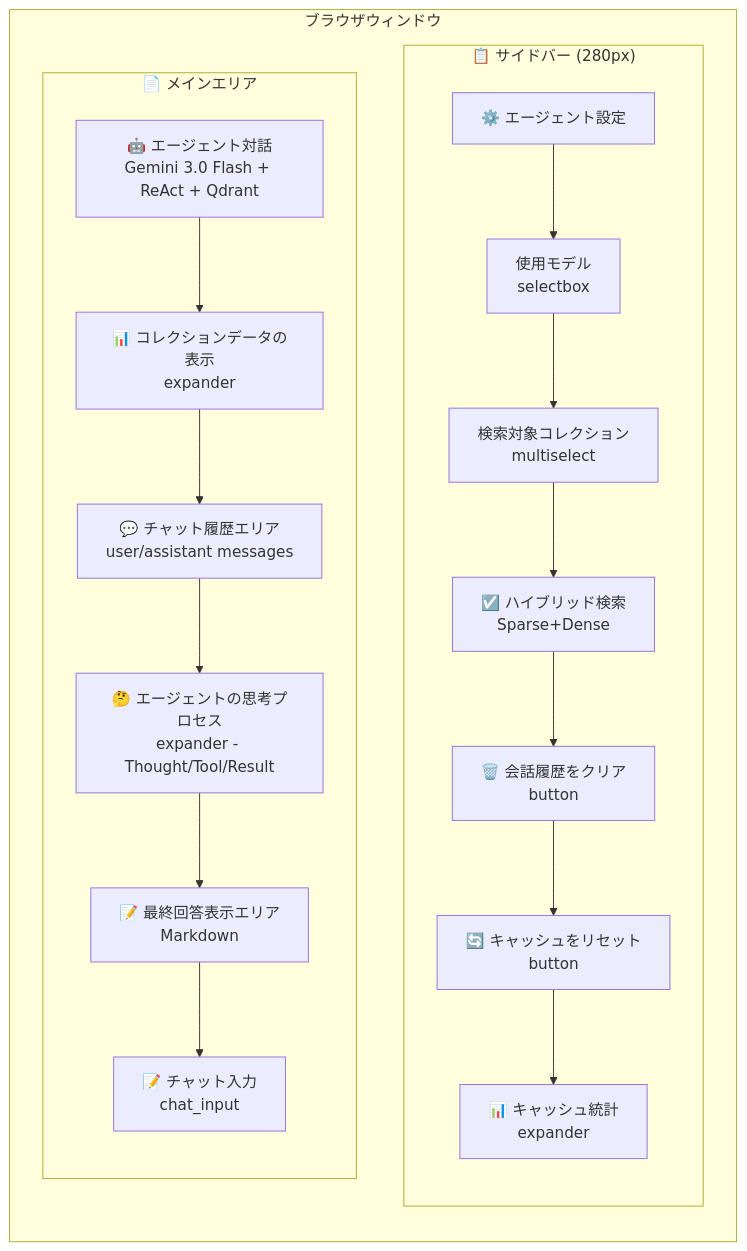
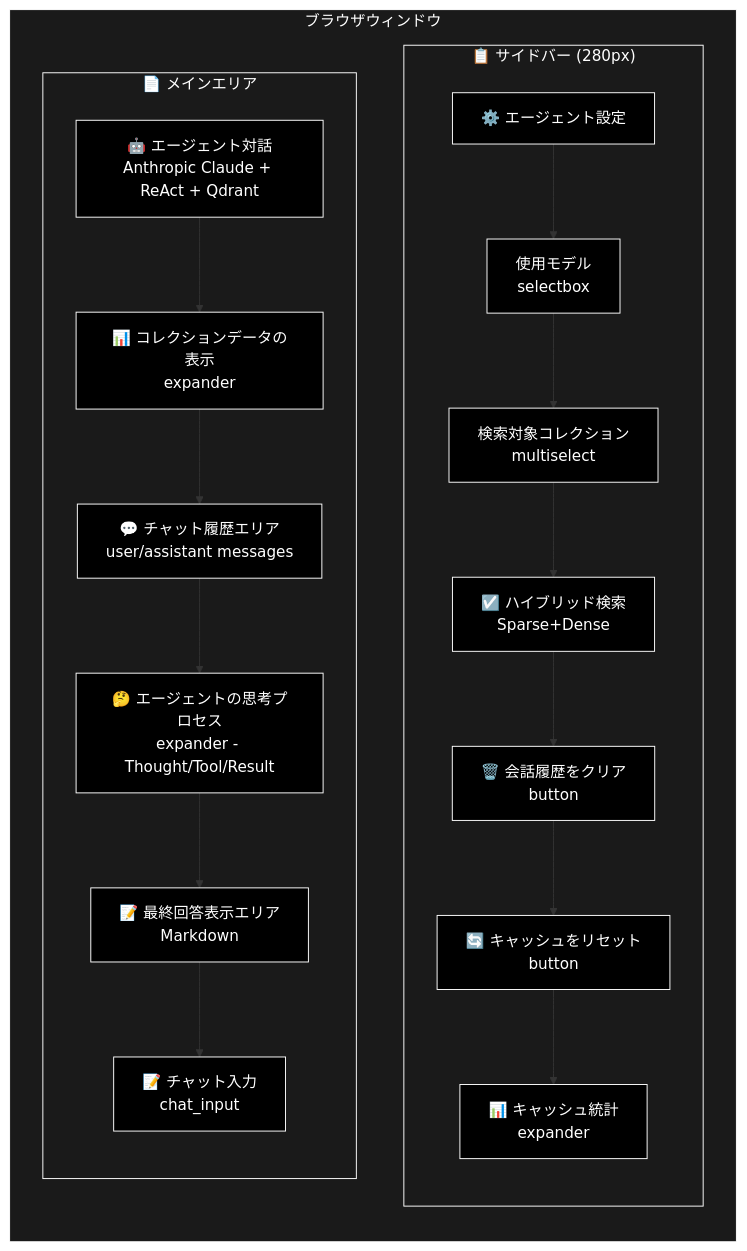
Before and after one commit to nakashima2toshio/anthropic_grace_agent_v2: the first of 7 diagrams in ui/doc/agent_chat_page.md, drawn with Mermaid. The commit also changed other lines of this file and 14 other files, not shown here.

````diff
--- a/ui/doc/agent_chat_page.md
+++ b/ui/doc/agent_chat_page.md
@@ -54,28 +54,34 @@
 ```mermaid
 flowchart LR
     subgraph BROWSER["ブラウザウィンドウ"]
         direction TB
         subgraph SIDEBAR["📋 サイドバー (280px)"]
             direction TB
             S1["⚙️ エージェント設定"]
             S2["使用モデル<br/>selectbox"]
             S3["検索対象コレクション<br/>multiselect"]
             S4["☑️ ハイブリッド検索<br/>Sparse+Dense"]
             S5["🗑️ 会話履歴をクリア<br/>button"]
             S6["🔄 キャッシュをリセット<br/>button"]
             S7["📊 キャッシュ統計<br/>expander"]
             S1 --> S2 --> S3 --> S4 --> S5 --> S6 --> S7
         end
 
         subgraph MAIN["📄 メインエリア"]
             direction TB
-            M1["🤖 エージェント対話<br/>Gemini 3.0 Flash + ReAct + Qdrant"]
+            M1["🤖 エージェント対話<br/>Anthropic Claude + ReAct + Qdrant"]
             M2["📊 コレクションデータの表示<br/>expander"]
             M3["💬 チャット履歴エリア<br/>user/assistant messages"]
             M4["🤔 エージェントの思考プロセス<br/>expander - Thought/Tool/Result"]
             M5["📝 最終回答表示エリア<br/>Markdown"]
             M6["📝 チャット入力<br/>chat_input"]
             M1 --> M2 --> M3 --> M4 --> M5 --> M6
         end
     end
+classDef default fill:#000,stroke:#fff,color:#fff
+classDef subgraphStyle fill:#1a1a1a,stroke:#fff,color:#fff
+class S1,S2,S3,S4,S5,S6,S7,M1,M2,M3,M4,M5,M6 default
+style BROWSER fill:#1a1a1a,stroke:#fff,color:#fff
+style SIDEBAR fill:#1a1a1a,stroke:#fff,color:#fff
+style MAIN fill:#1a1a1a,stroke:#fff,color:#fff
 ```
````
